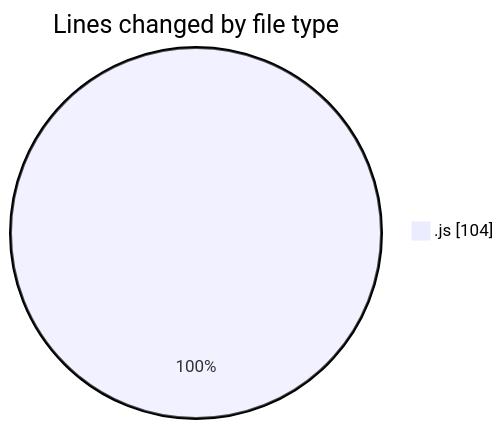
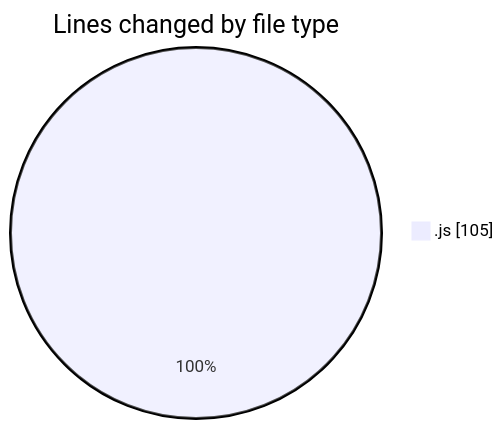
Before and after one commit to vahidmafi/code-tracking: the first of 2 diagrams in 2025-06-21/horizon/README.md, drawn with Mermaid. The commit also changed other lines of this file and 1 other file, not shown here.

````diff
--- a/2025-06-21/horizon/README.md
+++ b/2025-06-21/horizon/README.md
@@ -20,5 +20,5 @@
 ```mermaid
 pie showData
 title Lines changed by file type
-".js" : 104
+".js" : 105
 ```
````
